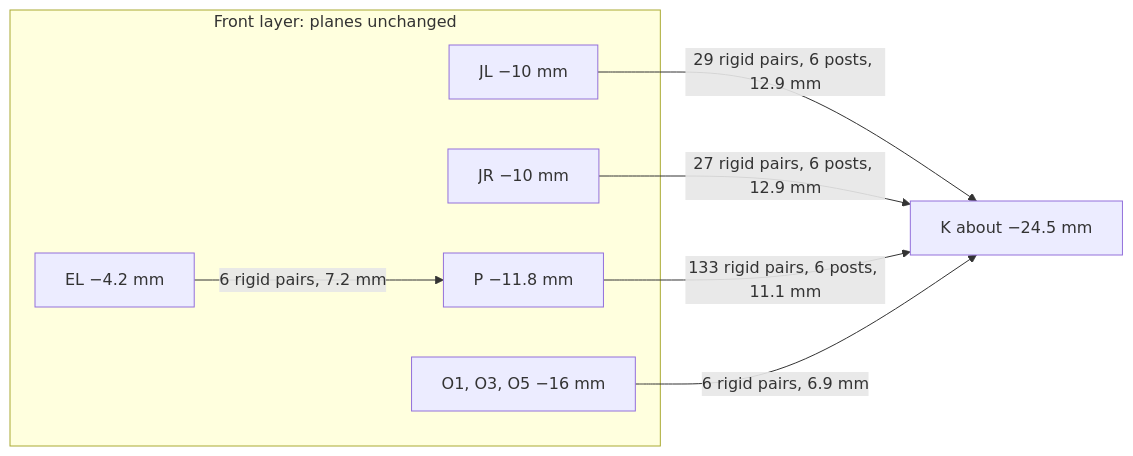
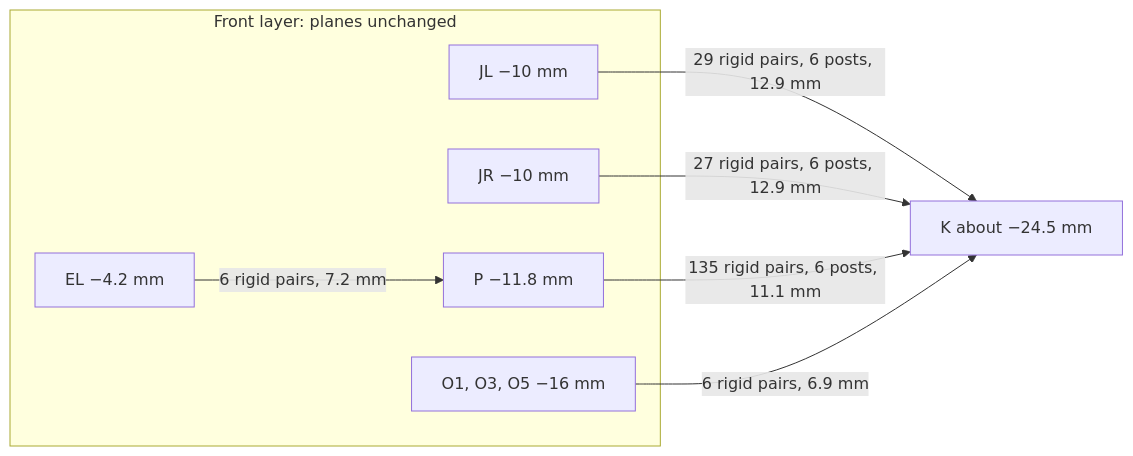
The diagram in doc/src/content/docs/decisions/osc-direct-stack-plan.mdx (Takazudo/zudo-osc-hole-field), drawn with Mermaid before and after one commit. The commit also changed other lines of this file, not shown here.

````diff
--- a/doc/src/content/docs/decisions/osc-direct-stack-plan.mdx
+++ b/doc/src/content/docs/decisions/osc-direct-stack-plan.mdx
@@ -73,16 +74,16 @@
 ```mermaid
 flowchart LR
   subgraph Front["Front layer: planes unchanged"]
     EL["EL −4.2 mm"]
     JL["JL −10 mm"]
     JR["JR −10 mm"]
     P["P −11.8 mm"]
     O["O1, O3, O5 −16 mm"]
   end
   K["K about −24.5 mm"]
   EL -- "6 rigid pairs, 7.2 mm" --> P
   JL -- "29 rigid pairs, 6 posts, 12.9 mm" --> K
   JR -- "27 rigid pairs, 6 posts, 12.9 mm" --> K
-  P -- "133 rigid pairs, 6 posts, 11.1 mm" --> K
+  P -- "135 rigid pairs, 6 posts, 11.1 mm" --> K
   O -- "6 rigid pairs, 6.9 mm" --> K
 ```
````
